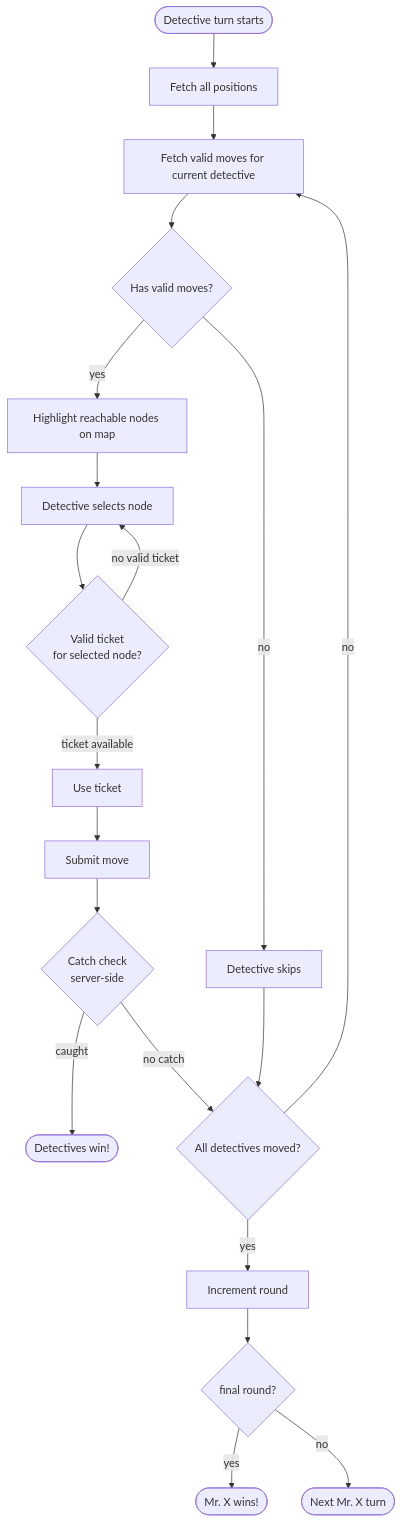
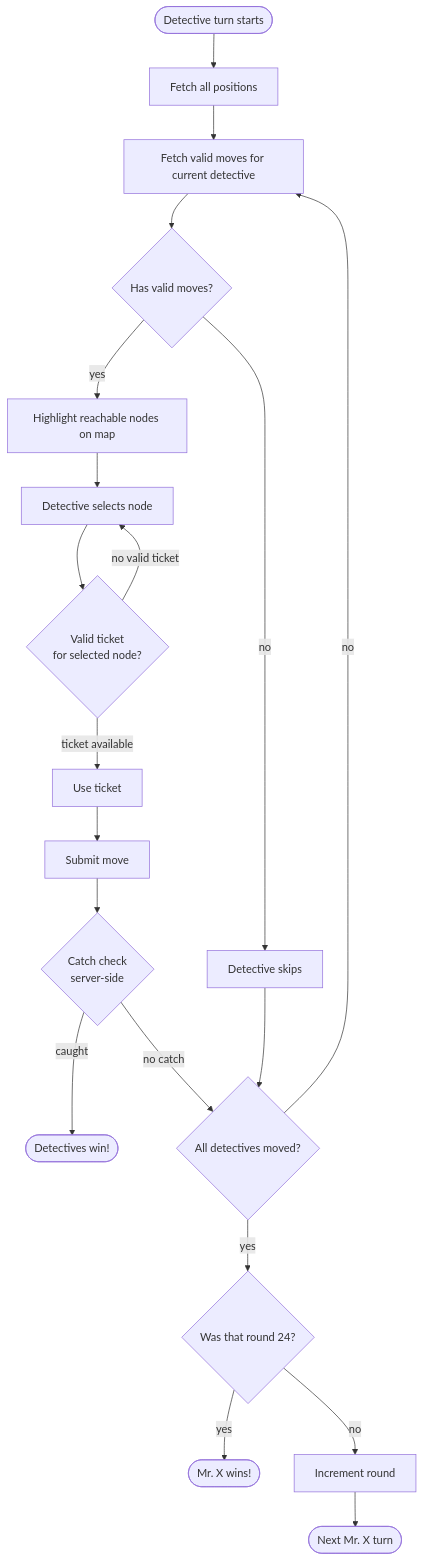
The third of 3 diagrams in documentation/plans/flowcharts.md (Ming-Bao/HuntingMrX), drawn with Mermaid before and after one commit. The commit also changed other lines of this file and 9 other files, not shown here.

First line of the commit message:
docs: sync README, spec, guides, diagrams and OpenAPI with the code

````diff
--- a/documentation/plans/flowcharts.md
+++ b/documentation/plans/flowcharts.md
@@ -66,23 +66,23 @@
 ``` mermaid
 flowchart TD
     A([Detective turn starts]) --> B[Fetch all positions]
     B --> C[Fetch valid moves for current detective]
     C --> D{Has valid moves?}
     D -- no --> E[Detective skips]
     D -- yes --> F[Highlight reachable nodes on map]
     F --> G[Detective selects node]
     G --> H{Valid ticket\nfor selected node?}
     H -- no valid ticket --> G
     H -- ticket available --> I[Use ticket]
     I --> J[Submit move]
     J --> K{Catch check\nserver-side}
     K -- caught --> L([Detectives win!])
     K -- no catch --> M{All detectives moved?}
     E --> M
     M -- no --> C
-    M -- yes --> N[Increment round]
-    N --> O{final round?}
+    M -- yes --> O{Was that round 24?}
     O -- yes --> P([Mr. X wins!])
-    O -- no --> Q([Next Mr. X turn])
+    O -- no --> N[Increment round]
+    N --> Q([Next Mr. X turn])
   
 ```
````
